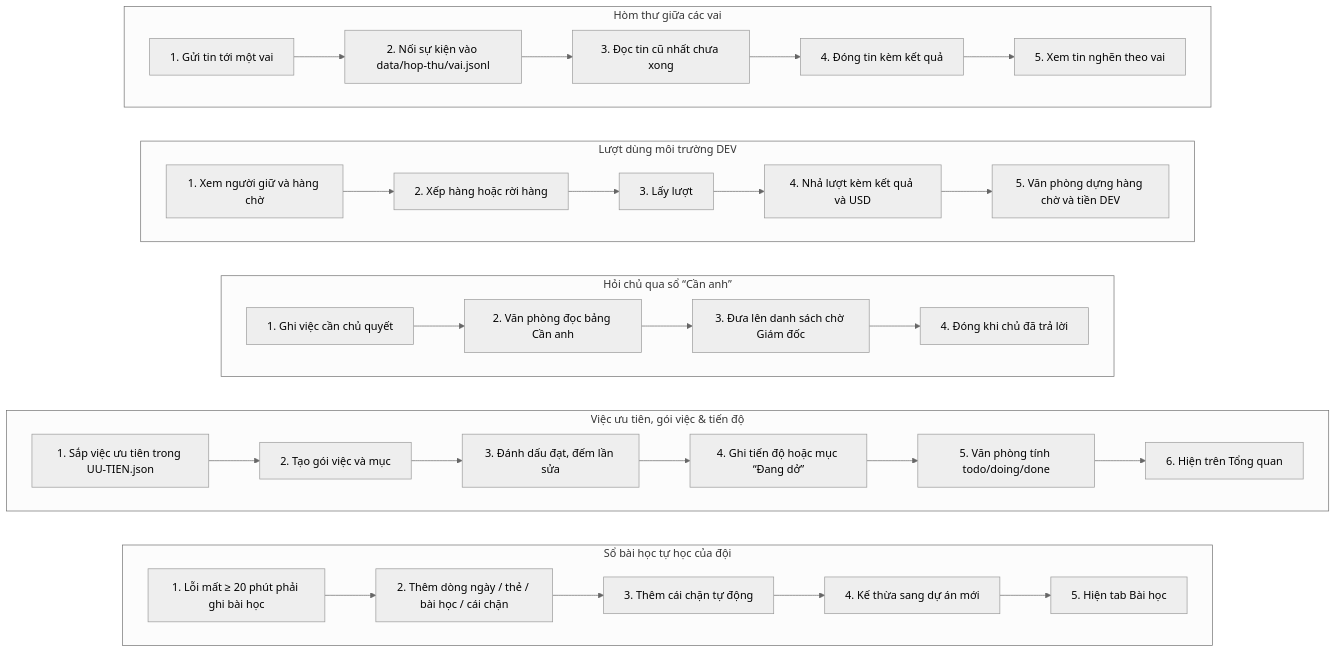
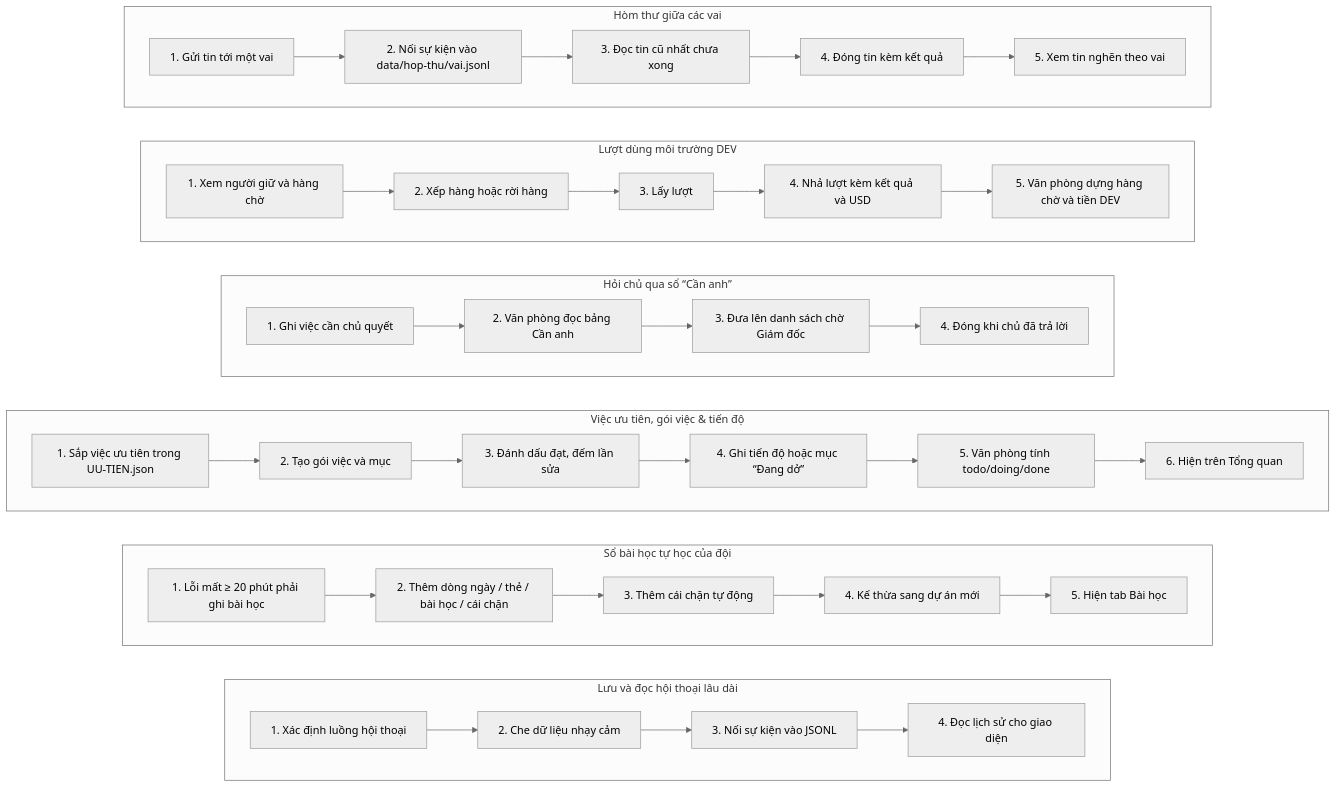
Before and after one commit to Thequancute215-sys/V-n-ph-ng-ch-nh-ph-: the sixth of 12 diagrams in docs/BAN-DO-HE-THONG.md, drawn with Mermaid (neutral theme). The commit also changed other lines of this file and 4 other files, not shown here.

````diff
--- a/docs/BAN-DO-HE-THONG.md
+++ b/docs/BAN-DO-HE-THONG.md
@@ -592,67 +659,78 @@
 ```mermaid
 flowchart TD
   subgraph flow_hom_thu["Hòm thư giữa các vai"]
     direction LR
     step_hom_thu_gui_tin["1. Gửi tin tới một vai"]
     step_hom_thu_noi_jsonl["2. Nối sự kiện vào data/hop-thu/vai.jsonl"]
     step_hom_thu_doc_tin["3. Đọc tin cũ nhất chưa xong"]
     step_hom_thu_dong_tin["4. Đóng tin kèm kết quả"]
     step_hom_thu_xem_nghen["5. Xem tin nghẽn theo vai"]
     step_hom_thu_gui_tin --> step_hom_thu_noi_jsonl
     step_hom_thu_noi_jsonl --> step_hom_thu_doc_tin
     step_hom_thu_doc_tin --> step_hom_thu_dong_tin
     step_hom_thu_dong_tin --> step_hom_thu_xem_nghen
   end
   subgraph flow_luot_dev["Lượt dùng môi trường DEV"]
     direction LR
     step_luot_dev_xem["1. Xem người giữ và hàng chờ"]
     step_luot_dev_xep_hang["2. Xếp hàng hoặc rời hàng"]
     step_luot_dev_lay_luot["3. Lấy lượt"]
     step_luot_dev_nha_luot["4. Nhả lượt kèm kết quả và USD"]
     step_luot_dev_van_phong_doc["5. Văn phòng dựng hàng chờ và tiền DEV"]
     step_luot_dev_xem --> step_luot_dev_xep_hang
     step_luot_dev_xep_hang --> step_luot_dev_lay_luot
     step_luot_dev_lay_luot --> step_luot_dev_nha_luot
     step_luot_dev_nha_luot --> step_luot_dev_van_phong_doc
   end
   subgraph flow_can_anh["Hỏi chủ qua sổ “Cần anh”"]
     direction LR
     step_can_anh_ghi_cau_hoi["1. Ghi việc cần chủ quyết"]
     step_can_anh_doc_bang["2. Văn phòng đọc bảng Cần anh"]
     step_can_anh_len_ceo["3. Đưa lên danh sách chờ Giám đốc"]
     step_can_anh_dong["4. Đóng khi chủ đã trả lời"]
     step_can_anh_ghi_cau_hoi --> step_can_anh_doc_bang
     step_can_anh_doc_bang --> step_can_anh_len_ceo
     step_can_anh_len_ceo --> step_can_anh_dong
   end
   subgraph flow_viec_goi_tien_do["Việc ưu tiên, gói việc & tiến độ"]
     direction LR
     step_viec_goi_tien_do_xep_viec["1. Sắp việc ưu tiên trong UU-TIEN.json"]
     step_viec_goi_tien_do_tao_goi["2. Tạo gói việc và mục"]
     step_viec_goi_tien_do_danh_dau_dat["3. Đánh dấu đạt, đếm lần sửa"]
     step_viec_goi_tien_do_ghi_tien_do["4. Ghi tiến độ hoặc mục “Đang dở”"]
     step_viec_goi_tien_do_tinh_trang_thai["5. Văn phòng tính todo/doing/done"]
     step_viec_goi_tien_do_hien_tong_quan["6. Hiện trên Tổng quan"]
     step_viec_goi_tien_do_xep_viec --> step_viec_goi_tien_do_tao_goi
     step_viec_goi_tien_do_tao_goi --> step_viec_goi_tien_do_danh_dau_dat
     step_viec_goi_tien_do_danh_dau_dat --> step_viec_goi_tien_do_ghi_tien_do
     step_viec_goi_tien_do_ghi_tien_do --> step_viec_goi_tien_do_tinh_trang_thai
     step_viec_goi_tien_do_tinh_trang_thai --> step_viec_goi_tien_do_hien_tong_quan
   end
   subgraph flow_bai_hoc["Sổ bài học tự học của đội"]
     direction LR
     step_bai_hoc_luat["1. Lỗi mất ≥ 20 phút phải ghi bài học"]
     step_bai_hoc_ghi_dong["2. Thêm dòng ngày / thẻ / bài học / cái chặn"]
     step_bai_hoc_cai_chan["3. Thêm cái chặn tự động"]
     step_bai_hoc_ke_thua["4. Kế thừa sang dự án mới"]
     step_bai_hoc_hien_so_tay["5. Hiện tab Bài học"]
     step_bai_hoc_luat --> step_bai_hoc_ghi_dong
     step_bai_hoc_ghi_dong --> step_bai_hoc_cai_chan
     step_bai_hoc_cai_chan --> step_bai_hoc_ke_thua
     step_bai_hoc_ke_thua --> step_bai_hoc_hien_so_tay
   end
+  subgraph flow_hoi_thoai_lau_dai["Lưu và đọc hội thoại lâu dài"]
+    direction LR
+    step_hoi_thoai_lau_dai_luong["1. Xác định luồng hội thoại"]
+    step_hoi_thoai_lau_dai_che["2. Che dữ liệu nhạy cảm"]
+    step_hoi_thoai_lau_dai_ghi["3. Nối sự kiện vào JSONL"]
+    step_hoi_thoai_lau_dai_doc["4. Đọc lịch sử cho giao diện"]
+    step_hoi_thoai_lau_dai_luong --> step_hoi_thoai_lau_dai_che
+    step_hoi_thoai_lau_dai_che --> step_hoi_thoai_lau_dai_ghi
+    step_hoi_thoai_lau_dai_ghi --> step_hoi_thoai_lau_dai_doc
+  end
   flow_hom_thu ~~~ flow_luot_dev
   flow_luot_dev ~~~ flow_can_anh
   flow_can_anh ~~~ flow_viec_goi_tien_do
   flow_viec_goi_tien_do ~~~ flow_bai_hoc
+  flow_bai_hoc ~~~ flow_hoi_thoai_lau_dai
 ```
````
